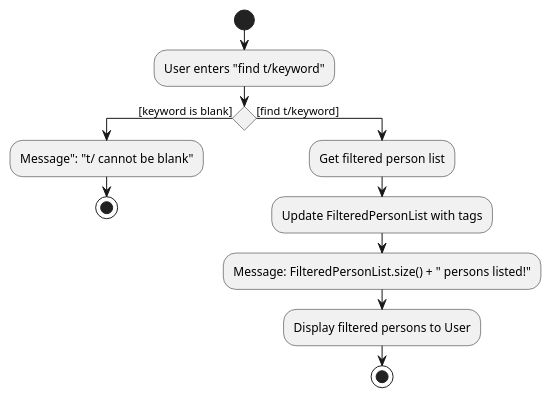
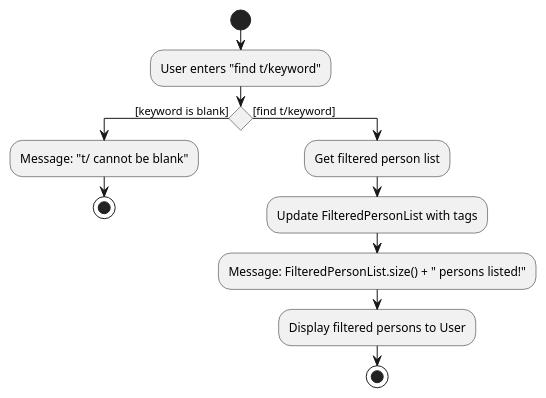
The diagram in docs/diagrams/FindActivityDiagram.puml (delonlee01/tp), drawn with PlantUML before and after one commit.

```diff
--- a/docs/diagrams/FindActivityDiagram.puml
+++ b/docs/diagrams/FindActivityDiagram.puml
@@ -1,17 +1,17 @@
 @startuml
 start
 
 :User enters "find t/keyword";
 if () then ([keyword is blank])
-    :Message": "t/ cannot be blank";
+    :Message: "t/ cannot be blank";
     stop
 else ([find t/keyword])
     :Get filtered person list;
 
     :Update FilteredPersonList with tags;
 
     :Message: FilteredPersonList.size() + " persons listed!";
 
     :Display filtered persons to User;
     stop
 @enduml
```
